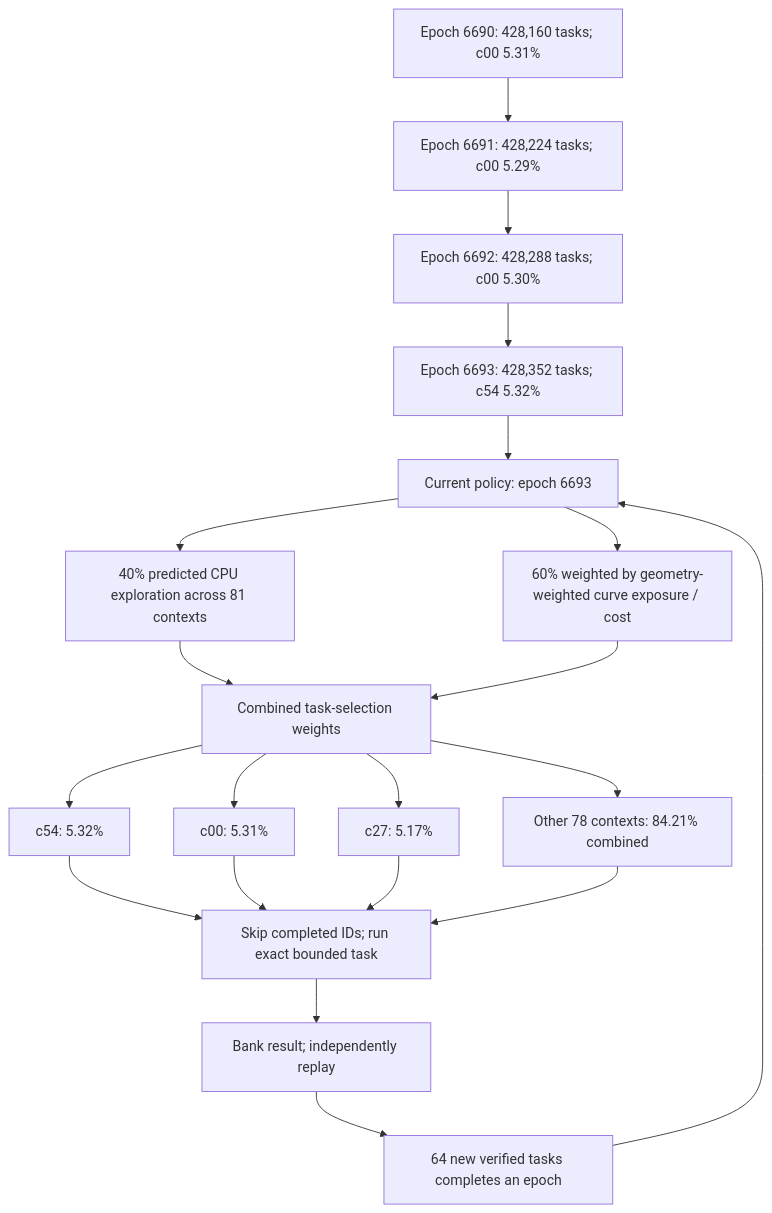
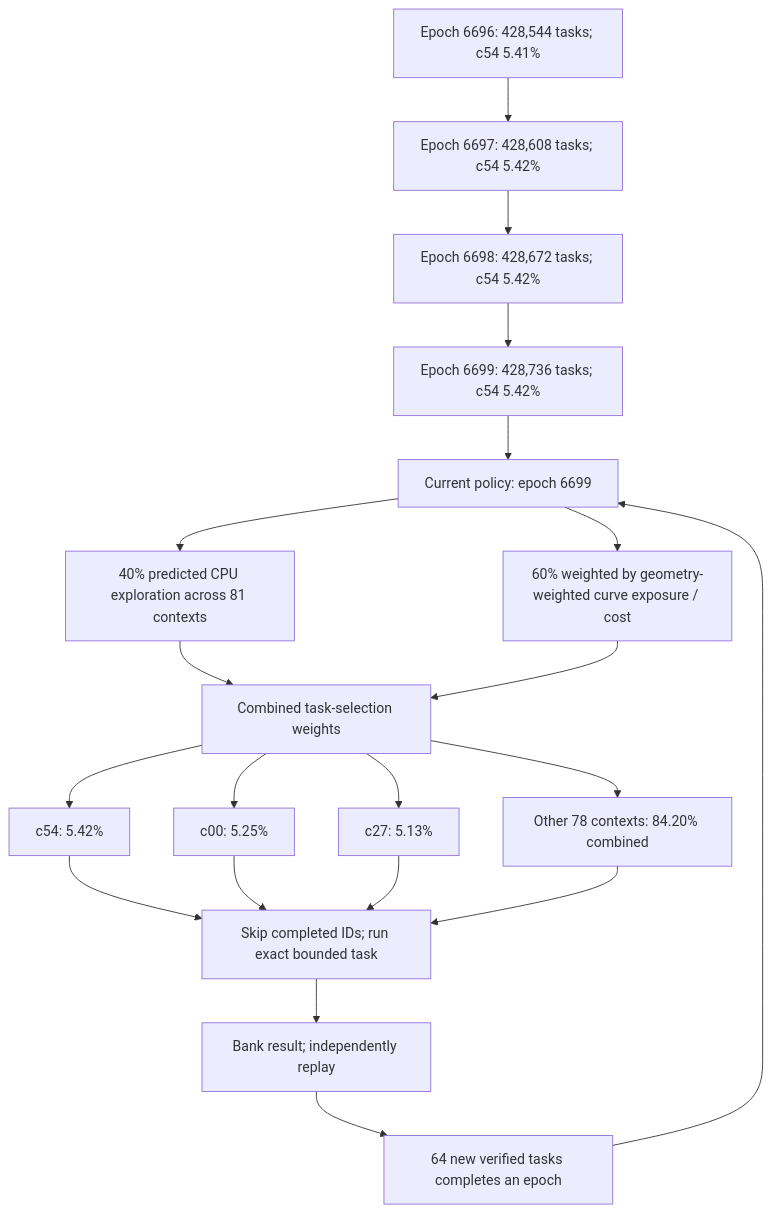
Before and after one commit to Kuberwastaken/math-gambling: the first of 4 diagrams in README.md, drawn with Mermaid. The commit also changed other lines of this file and 1378 other files, not shown here.

````diff
--- a/README.md
+++ b/README.md
@@ -60,27 +60,27 @@
 ```mermaid
 flowchart TD
-    H0["Epoch 6690: 428,160 tasks; c00 5.31%"]
-    H1["Epoch 6691: 428,224 tasks; c00 5.29%"]
+    H0["Epoch 6696: 428,544 tasks; c54 5.41%"]
+    H1["Epoch 6697: 428,608 tasks; c54 5.42%"]
     H0 --> H1
-    H2["Epoch 6692: 428,288 tasks; c00 5.30%"]
+    H2["Epoch 6698: 428,672 tasks; c54 5.42%"]
     H1 --> H2
-    H3["Epoch 6693: 428,352 tasks; c54 5.32%"]
+    H3["Epoch 6699: 428,736 tasks; c54 5.42%"]
     H2 --> H3
-    Policy["Current policy: epoch 6693"]
+    Policy["Current policy: epoch 6699"]
     H3 --> Policy
     Policy --> Explore["40% predicted CPU exploration across 81 contexts"]
     Policy --> Cost["60% weighted by geometry-weighted curve exposure / cost"]
     Explore --> Mix["Combined task-selection weights"]
     Cost --> Mix
-    Mix --> C0["c54: 5.32%"]
-    Mix --> C1["c00: 5.31%"]
-    Mix --> C2["c27: 5.17%"]
-    Mix --> Rest["Other 78 contexts: 84.21% combined"]
+    Mix --> C0["c54: 5.42%"]
+    Mix --> C1["c00: 5.25%"]
+    Mix --> C2["c27: 5.13%"]
+    Mix --> Rest["Other 78 contexts: 84.20% combined"]
     C0 --> Check["Skip completed IDs; run exact bounded task"]
     C1 --> Check
     C2 --> Check
     Rest --> Check
     Check --> Replay["Bank result; independently replay"]
     Replay --> Gate["64 new verified tasks completes an epoch"]
     Gate --> Policy
 ```
````
